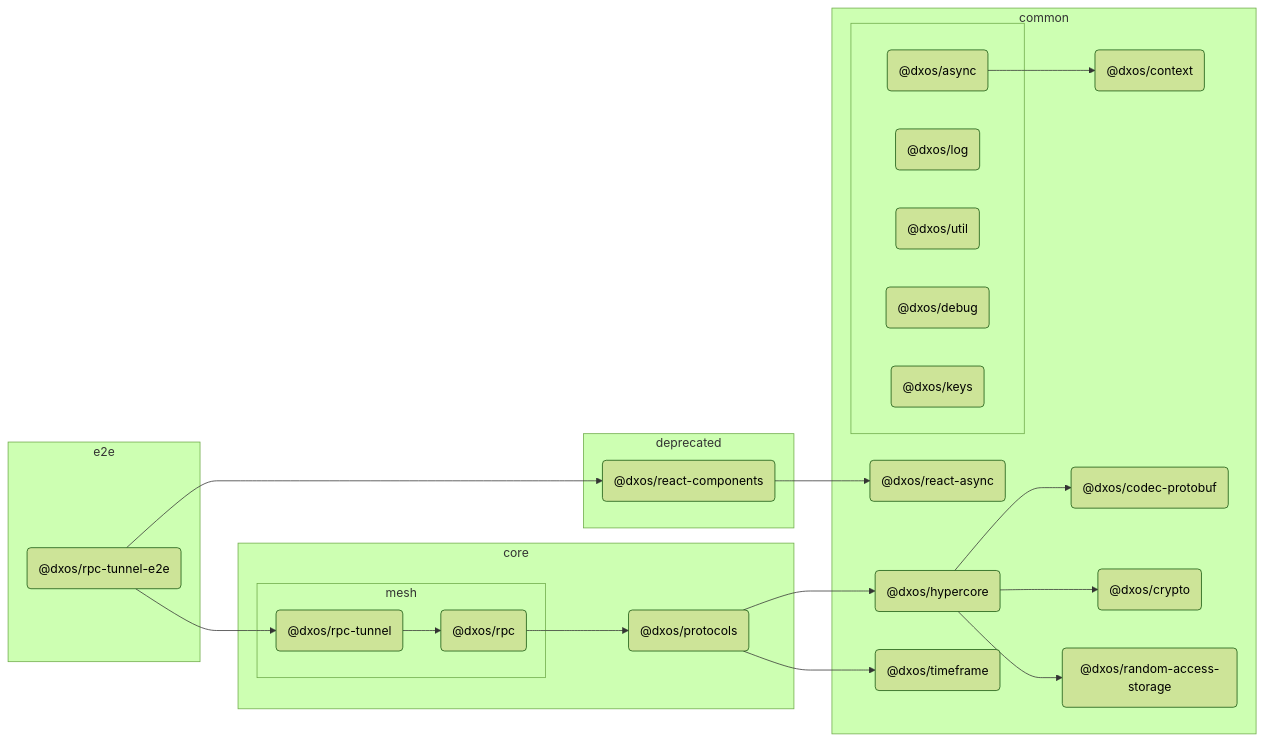
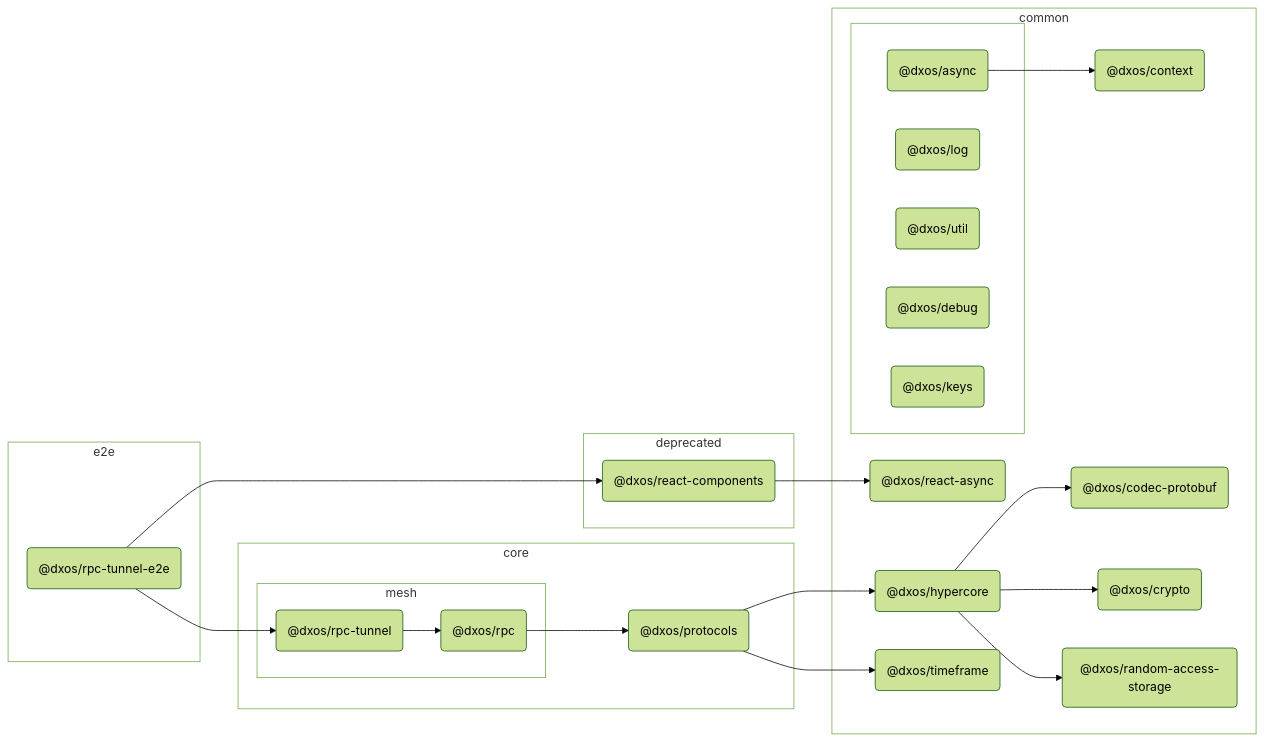
The diagram in packages/e2e/rpc-tunnel-e2e/docs/README.md (dxos/dxos), drawn with Mermaid (forest theme) before and after one commit. The commit also changed 80 other files, not shown here.

````diff
--- a/packages/e2e/rpc-tunnel-e2e/docs/README.md
+++ b/packages/e2e/rpc-tunnel-e2e/docs/README.md
@@ -7,73 +7,82 @@
 ```mermaid
 %%{ init: {'flowchart':{'curve':'basis'}} }%%
 
 flowchart LR
 
+%% Classes
+
+
+
 %% Nodes
 
 subgraph e2e [e2e]
+  style e2e fill:transparent
   dxos/rpc-tunnel-e2e("@dxos/rpc-tunnel-e2e"):::root
   click dxos/rpc-tunnel-e2e "dxos/dxos/tree/main/packages/e2e/rpc-tunnel-e2e/docs"
 end
 
 subgraph common [common]
+  style common fill:transparent
   dxos/context("@dxos/context"):::def
   click dxos/context "dxos/dxos/tree/main/packages/common/context/docs"
   dxos/codec-protobuf("@dxos/codec-protobuf"):::def
   click dxos/codec-protobuf "dxos/dxos/tree/main/packages/common/codec-protobuf/docs"
   dxos/hypercore("@dxos/hypercore"):::def
   click dxos/hypercore "dxos/dxos/tree/main/packages/common/hypercore/docs"
   dxos/crypto("@dxos/crypto"):::def
   click dxos/crypto "dxos/dxos/tree/main/packages/common/crypto/docs"
   dxos/random-access-storage("@dxos/random-access-storage"):::def
   click dxos/random-access-storage "dxos/dxos/tree/main/packages/common/random-access-storage/docs"
   dxos/timeframe("@dxos/timeframe"):::def
   click dxos/timeframe "dxos/dxos/tree/main/packages/common/timeframe/docs"
   dxos/react-async("@dxos/react-async"):::def
   click dxos/react-async "dxos/dxos/tree/main/packages/common/react-async/docs"
 
   subgraph _ [ ]
+    style _ fill:transparent
     dxos/async("@dxos/async"):::def
     click dxos/async "dxos/dxos/tree/main/packages/common/async/docs"
     dxos/log("@dxos/log"):::def
     click dxos/log "dxos/dxos/tree/main/packages/common/log/docs"
     dxos/util("@dxos/util"):::def
     click dxos/util "dxos/dxos/tree/main/packages/common/util/docs"
     dxos/debug("@dxos/debug"):::def
     click dxos/debug "dxos/dxos/tree/main/packages/common/debug/docs"
     dxos/keys("@dxos/keys"):::def
     click dxos/keys "dxos/dxos/tree/main/packages/common/keys/docs"
   end
 end
 
 subgraph core [core]
+  style core fill:transparent
   dxos/protocols("@dxos/protocols"):::def
   click dxos/protocols "dxos/dxos/tree/main/packages/core/protocols/docs"
 
   subgraph mesh [mesh]
+    style mesh fill:transparent
     dxos/rpc("@dxos/rpc"):::def
     click dxos/rpc "dxos/dxos/tree/main/packages/core/mesh/rpc/docs"
     dxos/rpc-tunnel("@dxos/rpc-tunnel"):::def
     click dxos/rpc-tunnel "dxos/dxos/tree/main/packages/core/mesh/rpc-tunnel/docs"
   end
 end
 
 subgraph deprecated [deprecated]
+  style deprecated fill:transparent
   dxos/react-components("@dxos/react-components"):::def
   click dxos/react-components "dxos/dxos/tree/main/packages/deprecated/react-components/docs"
 end
 
 %% Links
-linkStyle default stroke:#333,stroke-width:1px
 dxos/async --> dxos/context
 dxos/protocols --> dxos/hypercore
 dxos/hypercore --> dxos/codec-protobuf
 dxos/hypercore --> dxos/crypto
 dxos/hypercore --> dxos/random-access-storage
 dxos/protocols --> dxos/timeframe
 dxos/rpc-tunnel-e2e --> dxos/react-components
 dxos/react-components --> dxos/react-async
 dxos/rpc --> dxos/protocols
 dxos/rpc-tunnel-e2e --> dxos/rpc-tunnel
 dxos/rpc-tunnel --> dxos/rpc
 ```
````
